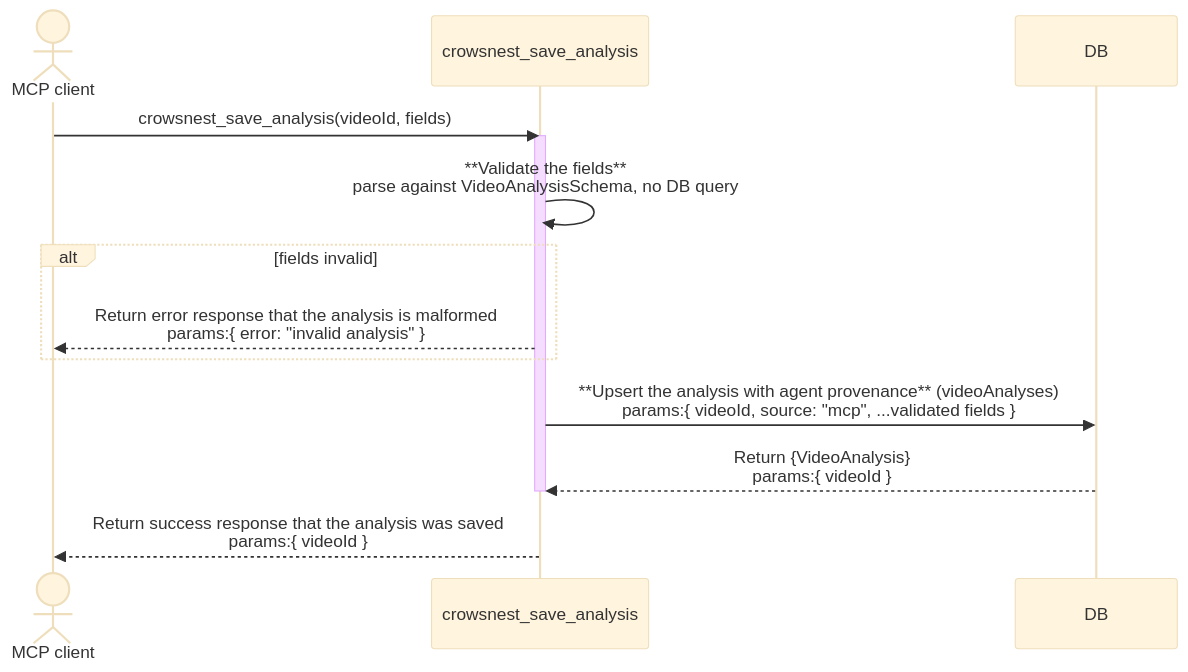
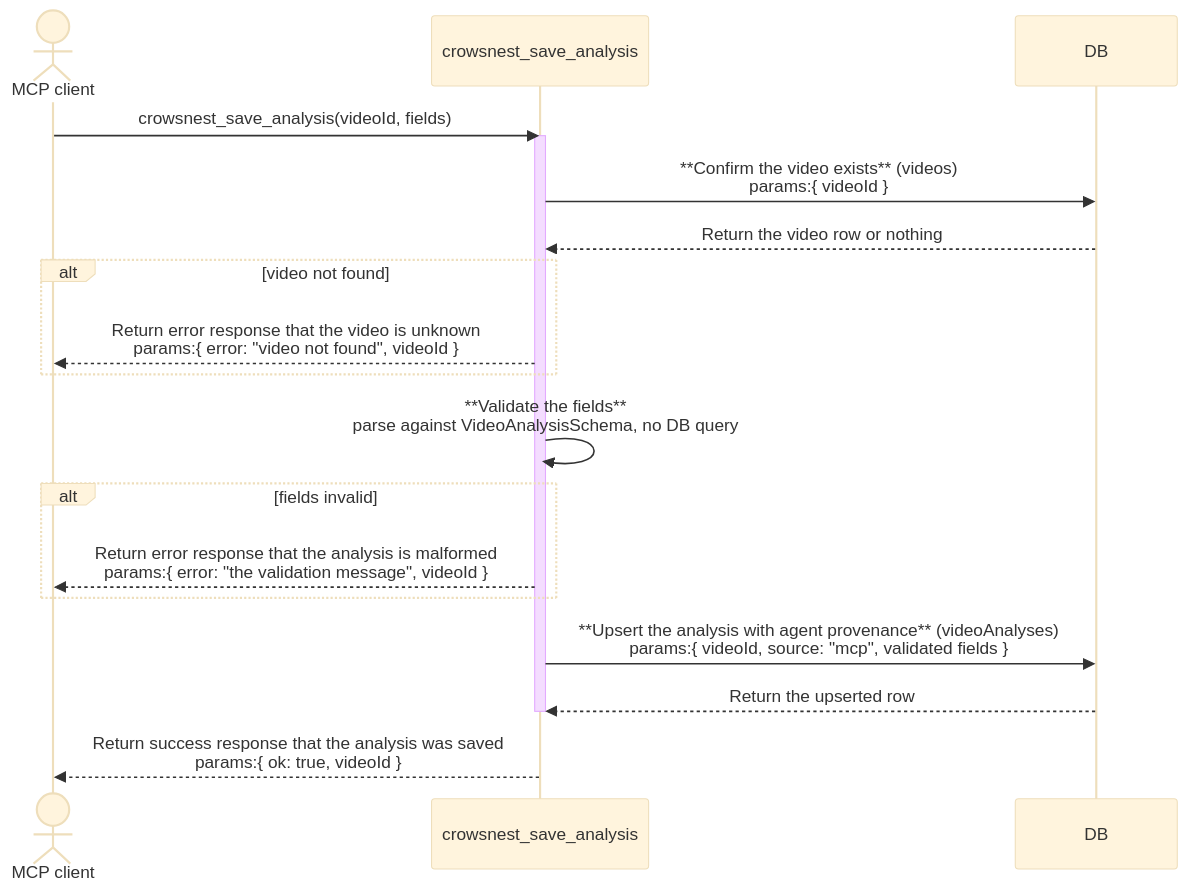
The second of 3 diagrams in documents/architect/core-components/mcp/02-architecture.md (Kaiships-ai/crowsnest), drawn with Mermaid (base theme) before and after one commit. The commit also changed other lines of this file and 5 other files, not shown here.

````diff
--- a/documents/architect/core-components/mcp/02-architecture.md
+++ b/documents/architect/core-components/mcp/02-architecture.md
@@ -124,17 +129,22 @@
 ```mermaid
 sequenceDiagram
     actor Client as MCP client
     participant Tool as crowsnest_save_analysis
     participant DB
 
     Client->>Tool: crowsnest_save_analysis(videoId, fields)
     activate Tool
+    Tool->>DB: **Confirm the video exists** (videos)<br/>params:{ videoId }
+    DB-->>Tool: Return the video row or nothing
+    alt video not found
+        Tool-->>Client: Return error response that the video is unknown<br/>params:{ error: "video not found", videoId }
+    end
     Tool->>Tool: **Validate the fields**<br/>parse against VideoAnalysisSchema, no DB query
     alt fields invalid
-        Tool-->>Client: Return error response that the analysis is malformed<br/>params:{ error: "invalid analysis" }
+        Tool-->>Client: Return error response that the analysis is malformed<br/>params:{ error: "the validation message", videoId }
     end
-    Tool->>DB: **Upsert the analysis with agent provenance** (videoAnalyses)<br/>params:{ videoId, source: "mcp", ...validated fields }
-    DB-->>Tool: Return {VideoAnalysis}<br/>params:{ videoId }
+    Tool->>DB: **Upsert the analysis with agent provenance** (videoAnalyses)<br/>params:{ videoId, source: "mcp", validated fields }
+    DB-->>Tool: Return the upserted row
     deactivate Tool
-    Tool-->>Client: Return success response that the analysis was saved<br/>params:{ videoId }
+    Tool-->>Client: Return success response that the analysis was saved<br/>params:{ ok: true, videoId }
 ```
````
